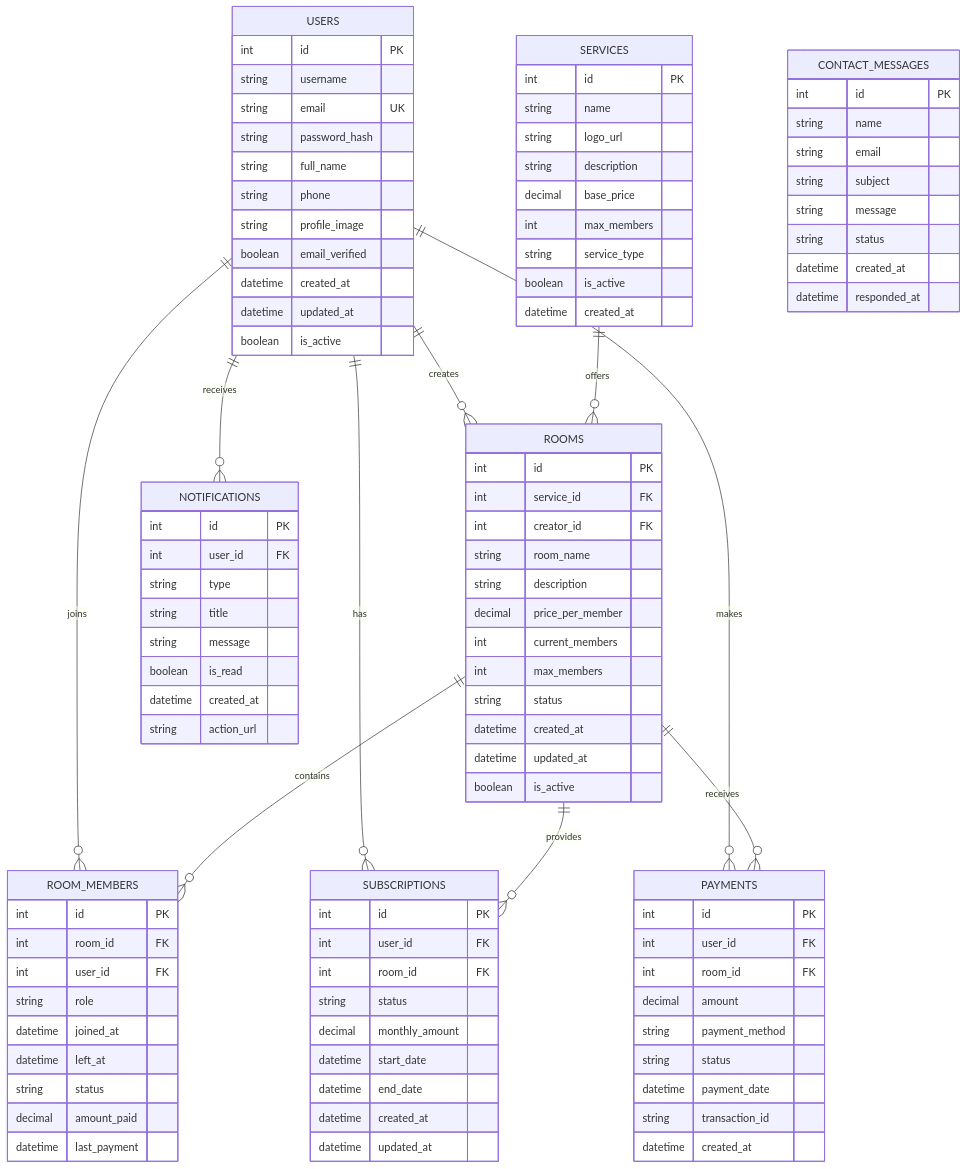
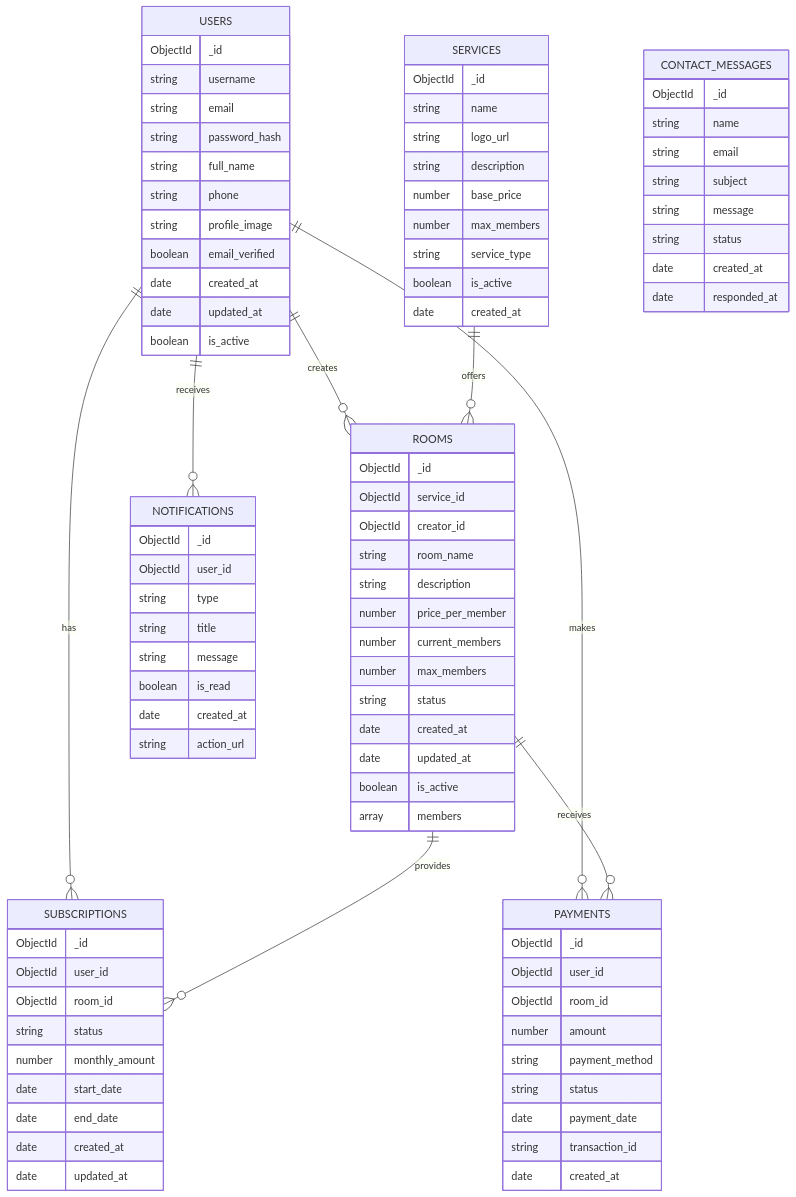
One commit to safad643/project-x changed the diagram in database_schema.md. Above: the diagram before and after it, drawn with Mermaid. The commit also changed other lines of this file, not shown here.

Commit message:
data base schema md added

````diff
--- a/database_schema.md
+++ b/database_schema.md
@@ -5,112 +5,99 @@
 ```mermaid
 erDiagram
     USERS {
-        int id PK
+        ObjectId _id
         string username
-        string email UK
+        string email
         string password_hash
         string full_name
         string phone
         string profile_image
         boolean email_verified
-        datetime created_at
-        datetime updated_at
+        date created_at
+        date updated_at
         boolean is_active
     }
     
     SERVICES {
-        int id PK
+        ObjectId _id
         string name
         string logo_url
         string description
-        decimal base_price
-        int max_members
+        number base_price
+        number max_members
         string service_type
         boolean is_active
-        datetime created_at
+        date created_at
     }
     
     ROOMS {
-        int id PK
-        int service_id FK
-        int creator_id FK
+        ObjectId _id
+        ObjectId service_id
+        ObjectId creator_id
         string room_name
         string description
-        decimal price_per_member
-        int current_members
-        int max_members
+        number price_per_member
+        number current_members
+        number max_members
         string status
-        datetime created_at
-        datetime updated_at
+        date created_at
+        date updated_at
         boolean is_active
-    }
-    
-    ROOM_MEMBERS {
-        int id PK
-        int room_id FK
-        int user_id FK
-        string role
-        datetime joined_at
-        datetime left_at
-        string status
-        decimal amount_paid
-        datetime last_payment
+        array members
     }
     
     SUBSCRIPTIONS {
-        int id PK
-        int user_id FK
-        int room_id FK
+        ObjectId _id
+        ObjectId user_id
+        ObjectId room_id
         string status
-        decimal monthly_amount
-        datetime start_date
-        datetime end_date
-        datetime created_at
-        datetime updated_at
+        number monthly_amount
+        date start_date
+        date end_date
+        date created_at
+        date updated_at
     }
     
     PAYMENTS {
-        int id PK
-        int user_id FK
-        int room_id FK
-        decimal amount
+        ObjectId _id
+        ObjectId user_id
+        ObjectId room_id
+        number amount
         string payment_method
         string status
-        datetime payment_date
+        date payment_date
         string transaction_id
-        datetime created_at
+        date created_at
     }
     
     NOTIFICATIONS {
-        int id PK
-        int user_id FK
+        ObjectId _id
+        ObjectId user_id
         string type
         string title
         string message
         boolean is_read
-        datetime created_at
+        date created_at
         string action_url
     }
     
     CONTACT_MESSAGES {
-        int id PK
+        ObjectId _id
         string name
         string email
         string subject
         string message
         string status
-        datetime created_at
-        datetime responded_at
+        date created_at
+        date responded_at
     }
 
     USERS ||--o{ ROOMS : creates
-    USERS ||--o{ ROOM_MEMBERS : joins
     USERS ||--o{ SUBSCRIPTIONS : has
     USERS ||--o{ PAYMENTS : makes
     USERS ||--o{ NOTIFICATIONS : receives
     
     SERVICES ||--o{ ROOMS : offers
-    ROOMS ||--o{ ROOM_MEMBERS : contains
     ROOMS ||--o{ SUBSCRIPTIONS : provides
     ROOMS ||--o{ PAYMENTS : receives
 ```
````
